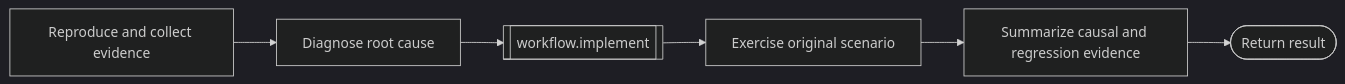
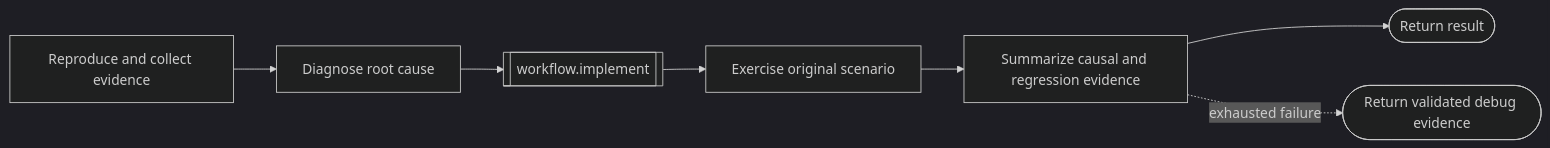
One commit to matthis-k/phenix-agent-harness changed the diagram in modules/phenix-pi/definitions/workflows/sources/debug.workflow.md. Above: the diagram before and after it, drawn with Mermaid (dark theme). The commit also changed other lines of this file and 9 other files, not shown here.

````diff
--- a/modules/phenix-pi/definitions/workflows/sources/debug.workflow.md
+++ b/modules/phenix-pi/definitions/workflows/sources/debug.workflow.md
@@ -16,8 +16,9 @@
 ```mermaid
 flowchart LR
     reproduce[Reproduce and collect evidence] --> diagnose[Diagnose root cause]
     diagnose --> implement[[workflow.implement]]
     implement --> regression[Exercise original scenario]
     regression --> finalize[Summarize causal and regression evidence]
     finalize --> return([Return result])
+    finalize -. exhausted failure .-> fallback([Return validated debug evidence])
 ```
````
